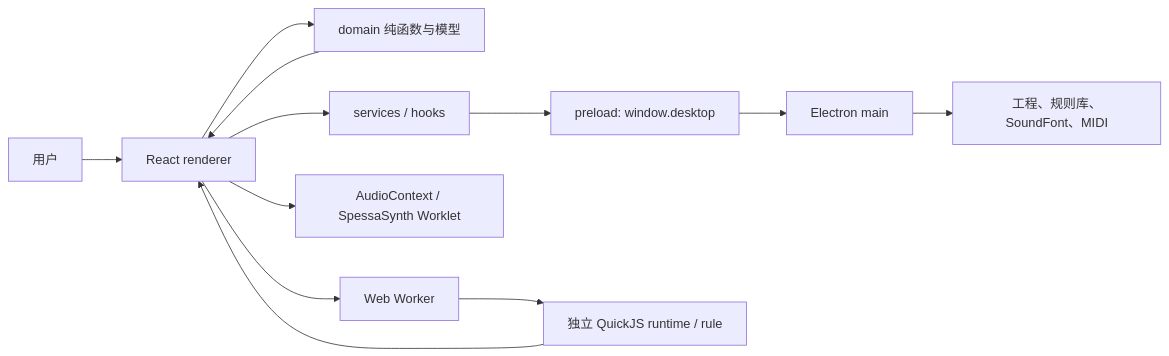
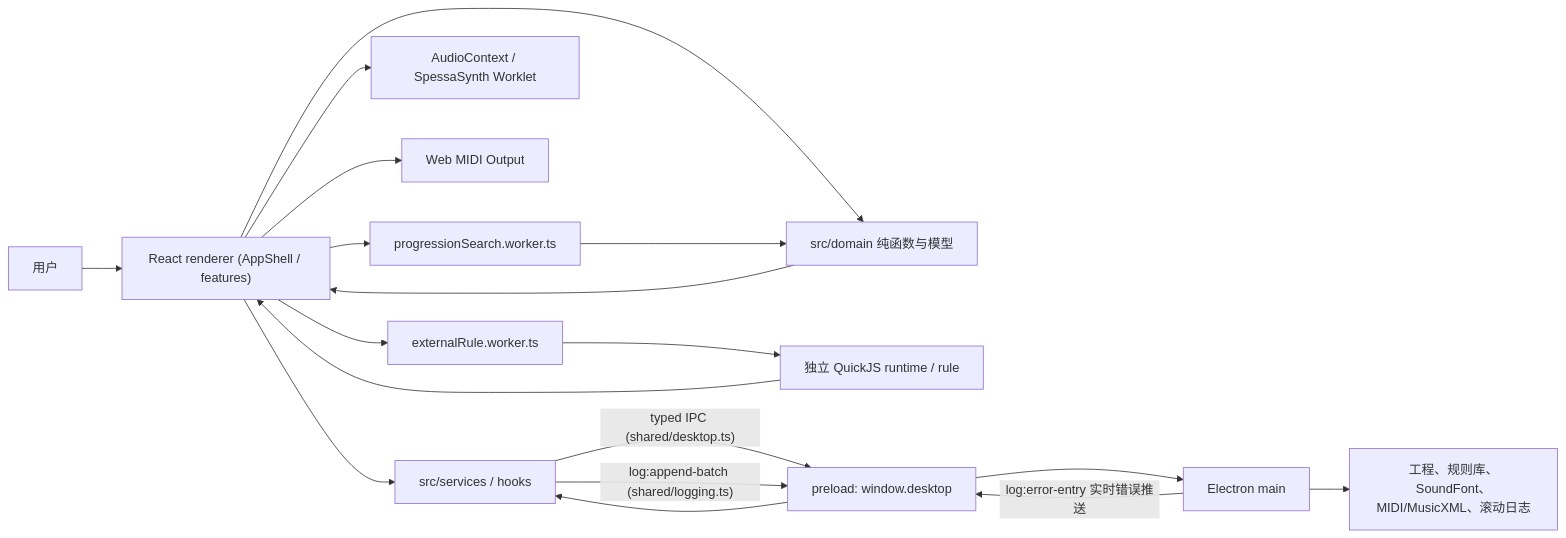
Before and after one commit to VoidState-1/SATB-Master: the first of 2 diagrams in Docs/architecture.md, drawn with Mermaid. The commit also changed other lines of this file and 23 other files, not shown here.

````diff
--- a/Docs/architecture.md
+++ b/Docs/architecture.md
@@ -18,14 +19,20 @@
 ```mermaid
 flowchart LR
-  U["用户"] --> R["React renderer"]
-  R --> D["domain 纯函数与模型"]
-  R --> S["services / hooks"]
-  S --> P["preload: window.desktop"]
+  U["用户"] --> R["React renderer (AppShell / features)"]
+  R --> D["src/domain 纯函数与模型"]
+  R --> S["src/services / hooks"]
+  R --> A["AudioContext / SpessaSynth Worklet"]
+  R --> MO["Web MIDI Output"]
+  R --> W1["externalRule.worker.ts"]
+  W1 --> Q["独立 QuickJS runtime / rule"]
+  R --> W2["progressionSearch.worker.ts"]
+  W2 --> D
+  S -- "typed IPC (shared/desktop.ts)" --> P["preload: window.desktop"]
   P --> M["Electron main"]
-  M --> FS["工程、规则库、SoundFont、MIDI"]
-  R --> A["AudioContext / SpessaSynth Worklet"]
-  R --> W["Web Worker"]
-  W --> Q["独立 QuickJS runtime / rule"]
+  M --> FS["工程、规则库、SoundFont、MIDI/MusicXML、滚动日志"]
+  S -- "log:append-batch (shared/logging.ts)" --> P
+  M -- "log:error-entry 实时错误推送" --> P
+  P --> S
   D --> R
   Q --> R
 ```
````
